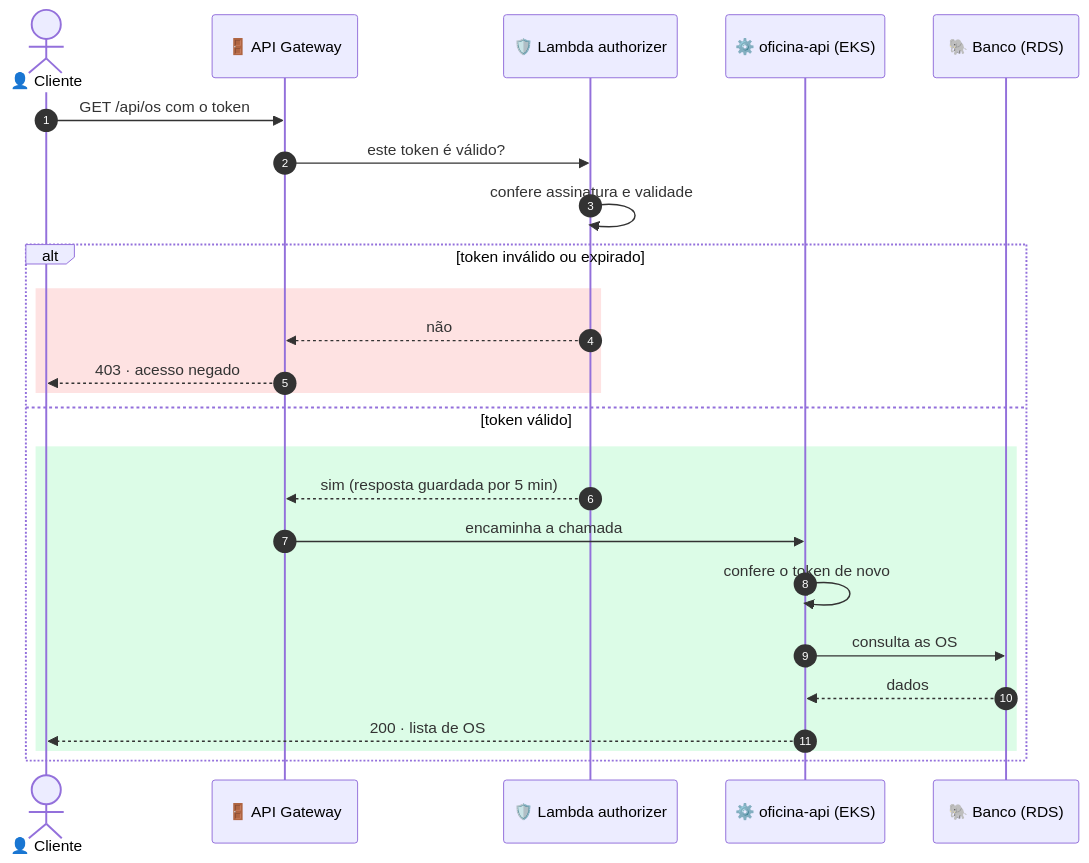
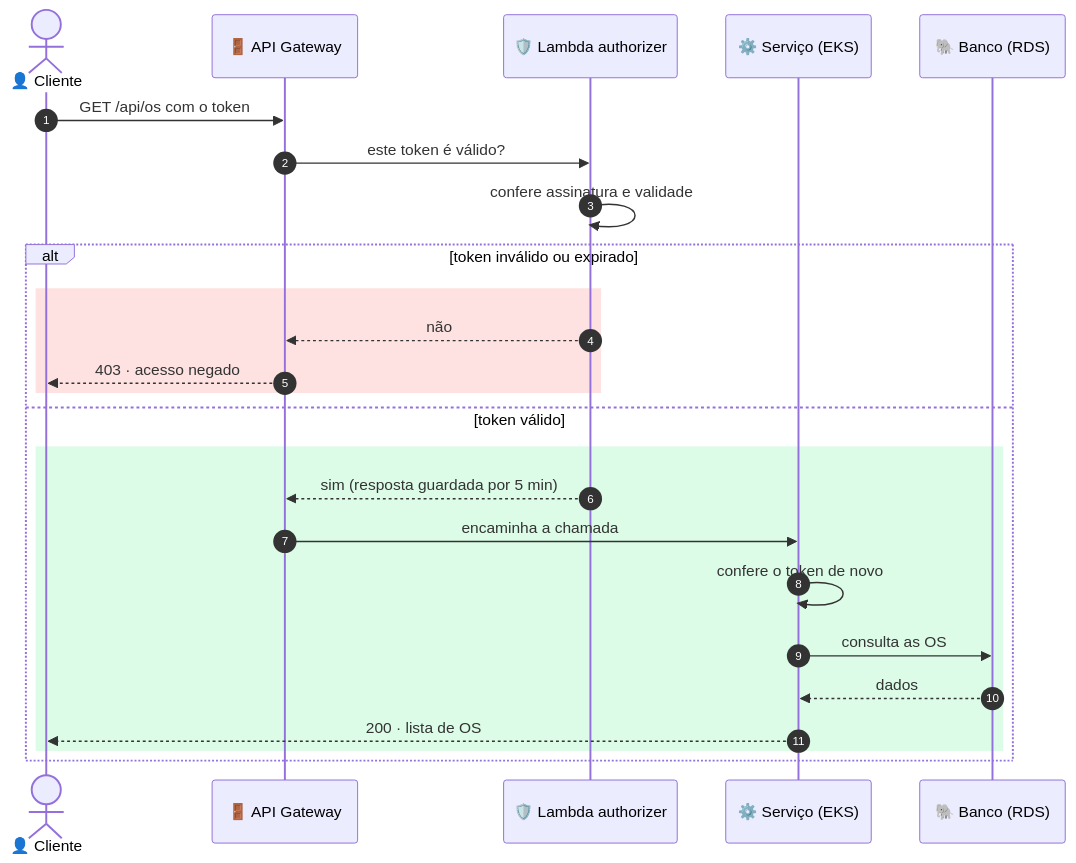
One commit to Lorenalgm/oficina_mecanica changed the second of 2 diagrams in docs/arquitetura/sequencia-auth.md. Above: the diagram before and after it, drawn with Mermaid. The commit also changed other lines of this file and 3 other files, not shown here.

Commit message:
docs: Diagramas de arquitetura atualizados para a Fase 4

````diff
--- a/docs/arquitetura/sequencia-auth.md
+++ b/docs/arquitetura/sequencia-auth.md
@@ -50,29 +51,29 @@
 ```mermaid
 sequenceDiagram
     autonumber
     actor C as 👤 Cliente
     participant GW as 🚪 API Gateway
     participant AZ as 🛡️ Lambda authorizer
-    participant API as ⚙️ oficina-api (EKS)
+    participant API as ⚙️ Serviço (EKS)
     participant DB as 🐘 Banco (RDS)
 
     C->>GW: GET /api/os com o token
     GW->>AZ: este token é válido?
     AZ->>AZ: confere assinatura e validade
 
     alt token inválido ou expirado
         rect rgb(254, 226, 226)
             AZ-->>GW: não
             GW-->>C: 403 · acesso negado
         end
     else token válido
         rect rgb(220, 252, 231)
             AZ-->>GW: sim (resposta guardada por 5 min)
             GW->>API: encaminha a chamada
             API->>API: confere o token de novo
             API->>DB: consulta as OS
             DB-->>API: dados
             API-->>C: 200 · lista de OS
         end
     end
 ```
````
